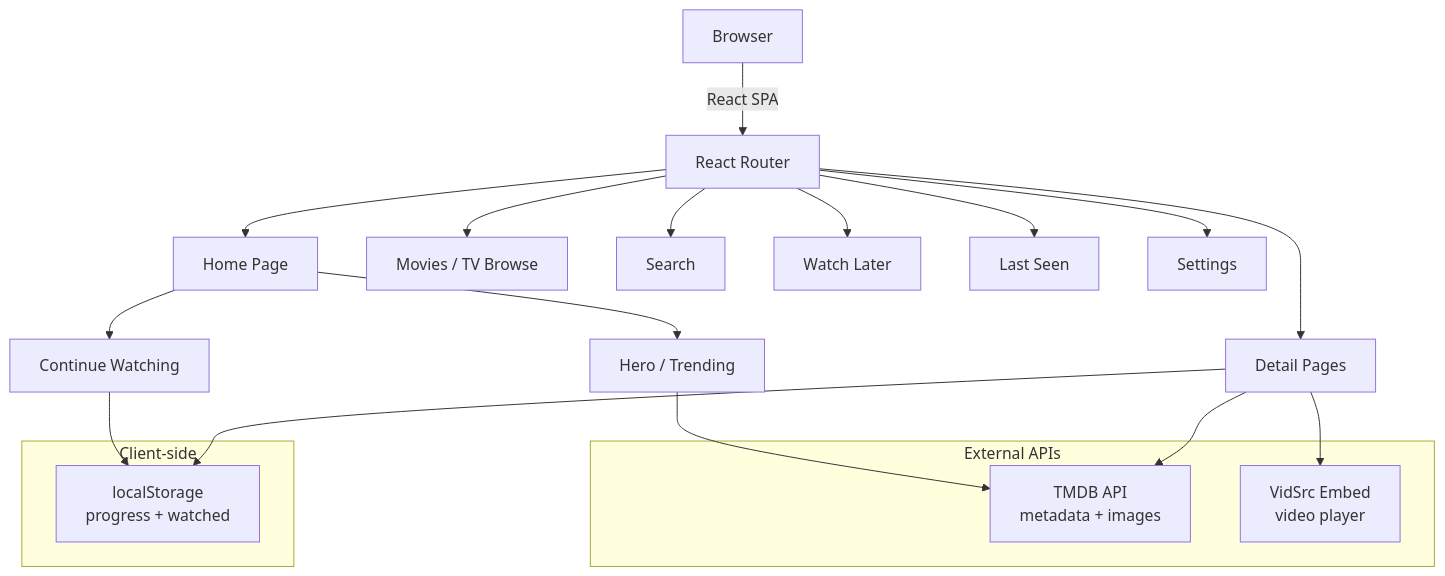
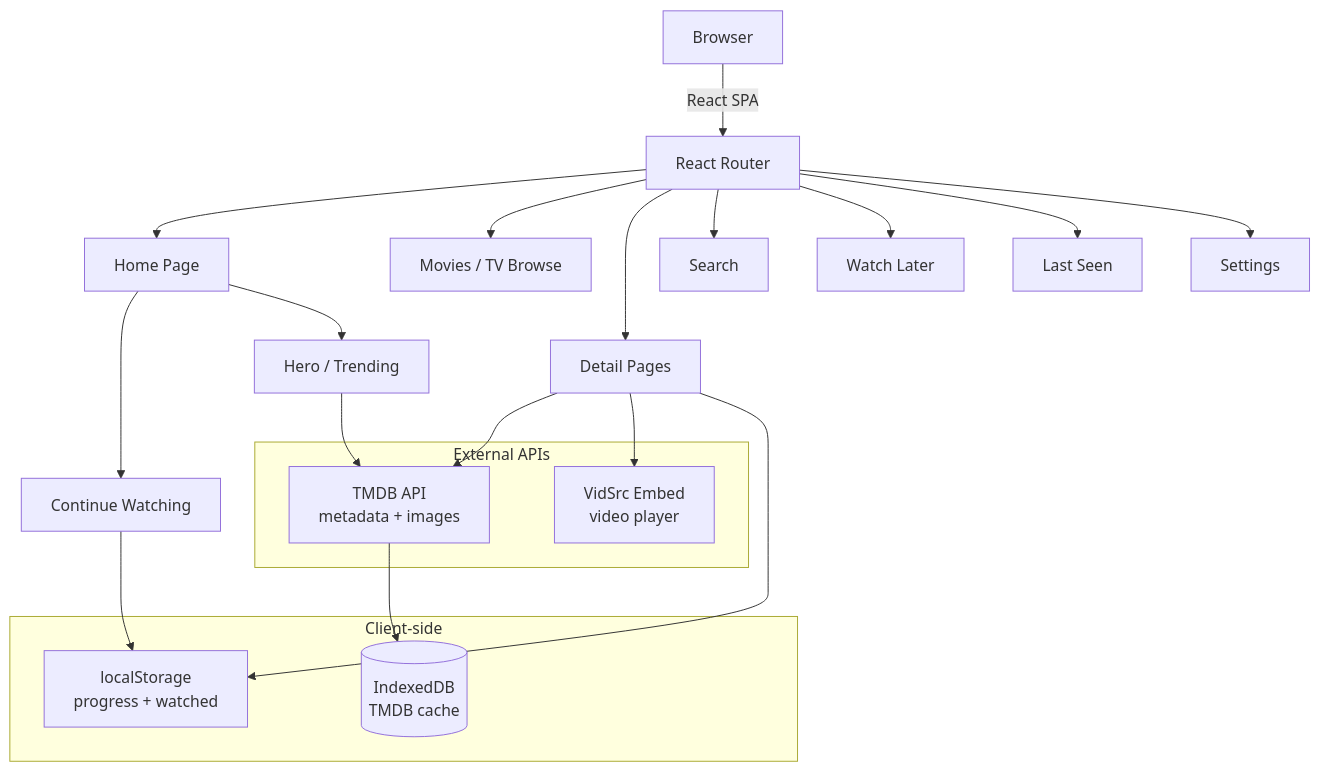
The diagram in README.md (AdeiTamayo/StreamingPlatform), drawn with Mermaid before and after one commit. The commit also changed other lines of this file, not shown here.

Commit message:
Update README to reflect IndexedDB TMDB cache

````diff
--- a/README.md
+++ b/README.md
@@ -36,30 +36,33 @@
 ```mermaid
 flowchart TD
     A[Browser] -->|React SPA| B[React Router]
     B --> C[Home Page]
     B --> D[Movies / TV Browse]
     B --> E[Detail Pages]
     B --> F[Search]
     B --> G[Watch Later]
     B --> H[Last Seen]
     B --> I[Settings]
 
     E --> J[TMDB API<br>metadata + images]
     E --> K[VidSrc Embed<br>video player]
     E --> L[localStorage<br>progress + watched]
 
     C --> M[Continue Watching]
     C --> N[Hero / Trending]
 
     M --> L
     N --> J
 
     subgraph TMDB [External APIs]
         J
         K
     end
 
     subgraph Storage [Client-side]
         L
+        DB[(IndexedDB<br>TMDB cache)]
     end
+
+    J --> DB
 ```
````
